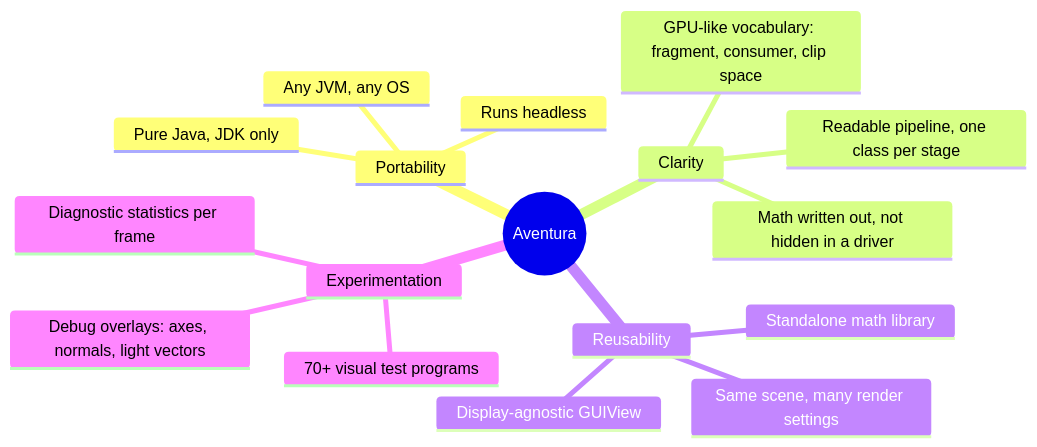
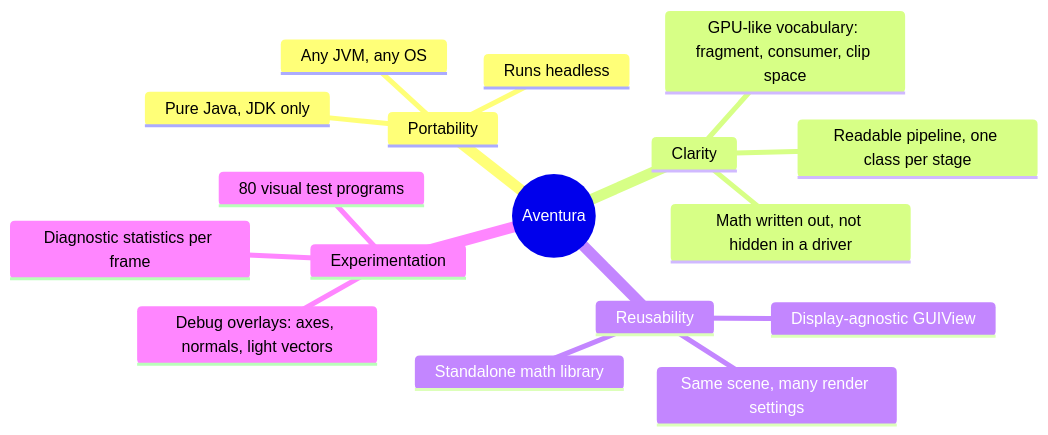
One commit to obarry/Aventura changed the first of 22 diagrams in docs/DESIGN.md. Above: the diagram before and after it, drawn with Mermaid. The commit also changed other lines of this file and 23 other files, not shown here.

````diff
--- a/docs/DESIGN.md
+++ b/docs/DESIGN.md
@@ -34,20 +34,20 @@
 ```mermaid
 mindmap
   root((Aventura))
     Portability
       Pure Java, JDK only
       Runs headless
       Any JVM, any OS
     Clarity
       Readable pipeline, one class per stage
       Math written out, not hidden in a driver
       GPU-like vocabulary: fragment, consumer, clip space
     Reusability
       Standalone math library
       Display-agnostic GUIView
       Same scene, many render settings
     Experimentation
-      70+ visual test programs
+      80 visual test programs
       Debug overlays: axes, normals, light vectors
       Diagnostic statistics per frame
 ```
````
